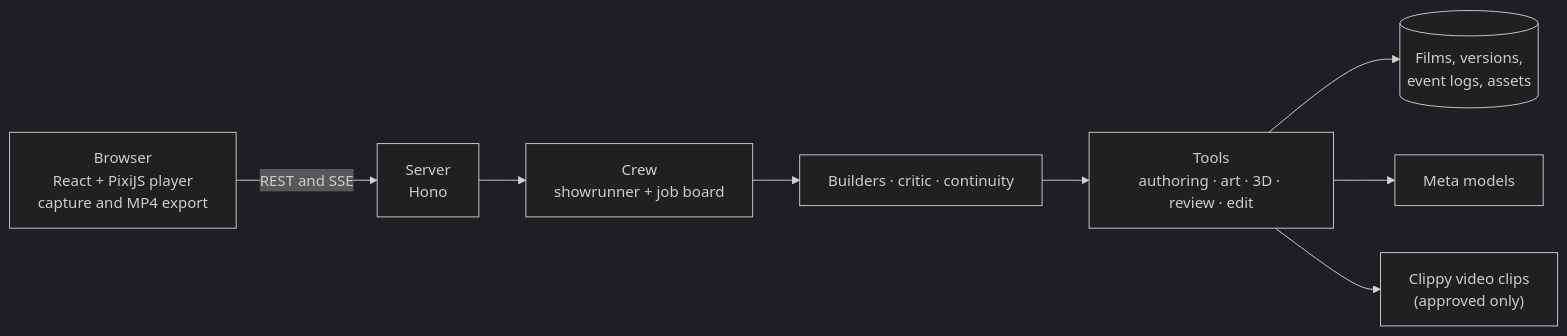
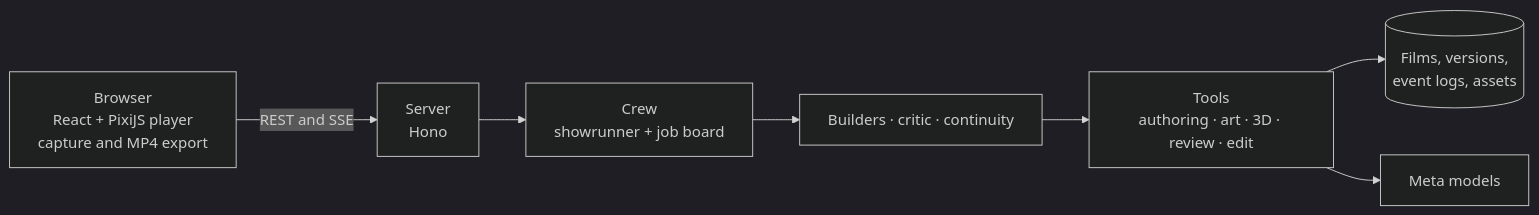
Before and after one commit to khanzzirfan/pixitween-director: the diagram in README.md, drawn with Mermaid (dark theme). The commit also changed other lines of this file and 64 other files, not shown here.

````diff
--- a/README.md
+++ b/README.md
@@ -40,10 +39,9 @@
 ```mermaid
 flowchart LR
   Browser["Browser<br/>React + PixiJS player<br/>capture and MP4 export"] -- "REST and SSE" --> API["Server<br/>Hono"]
   API --> Crew["Crew<br/>showrunner + job board"]
   Crew --> Workers["Builders · critic · continuity"]
   Workers --> Tools["Tools<br/>authoring · art · 3D · review · edit"]
   Tools --> Store[("Films, versions,<br/>event logs, assets")]
   Tools --> Meta["Meta models"]
-  Tools --> Clippy["Clippy video clips<br/>(approved only)"]
 ```
````
